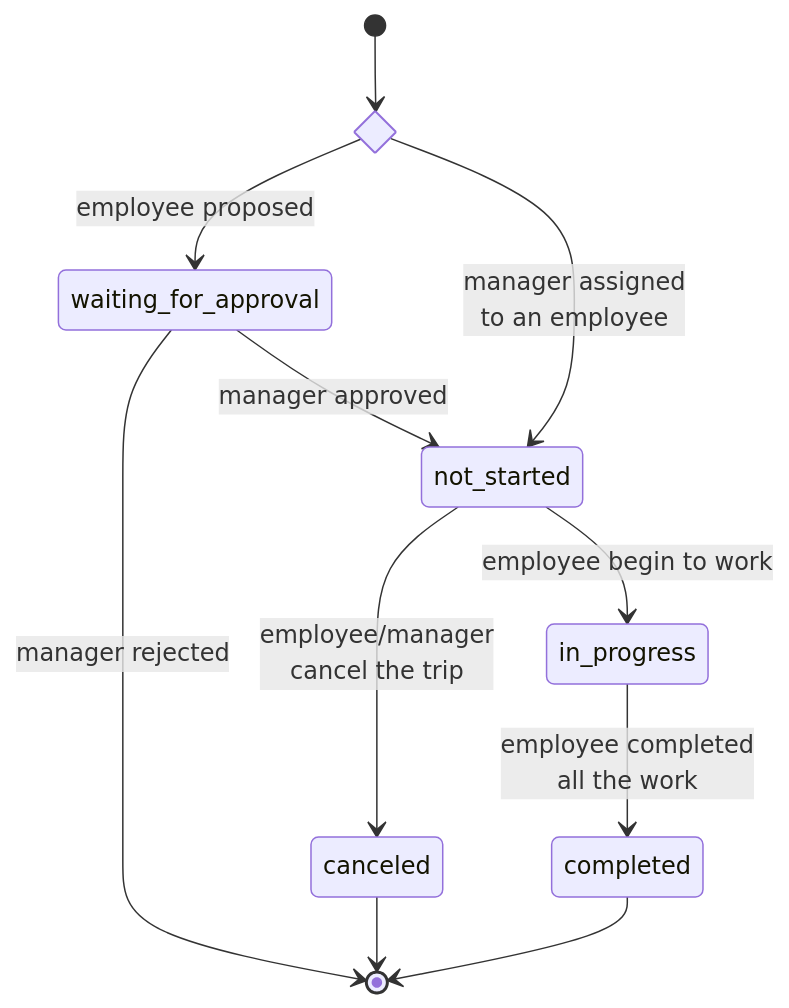
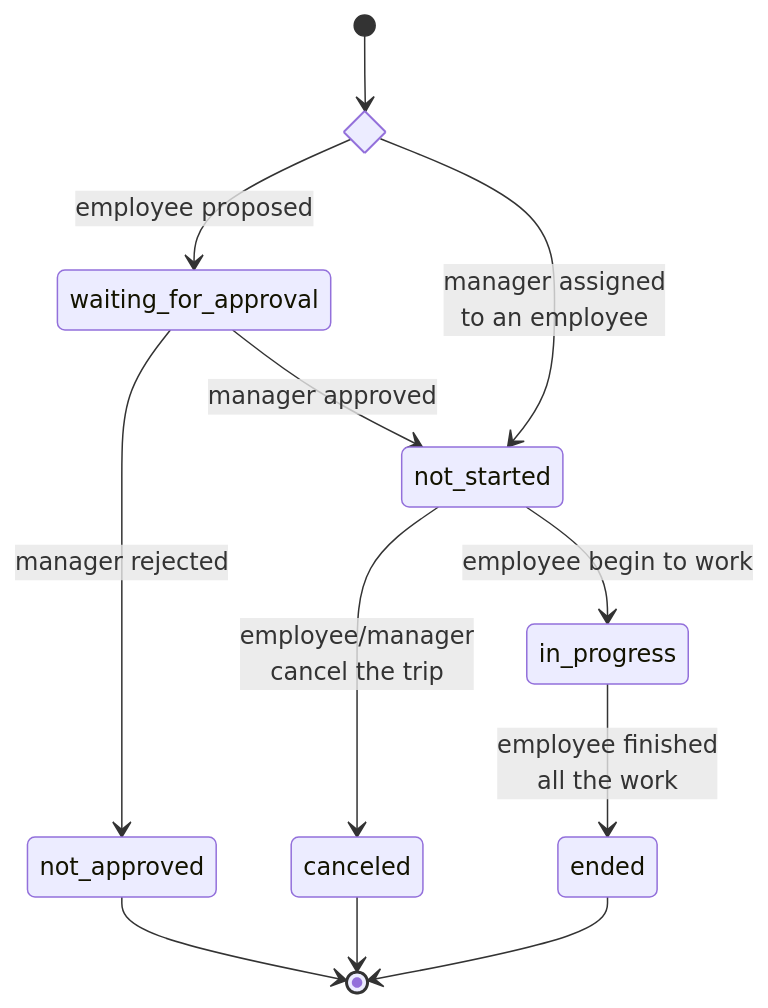
The first of 3 diagrams in docs/state-diagram.md (nnminh-sam/trip-sync-microservices), drawn with Mermaid before and after one commit. The commit also changed other lines of this file and 3 other files, not shown here.

````diff
--- a/docs/state-diagram.md
+++ b/docs/state-diagram.md
@@ -5,14 +5,15 @@
 ```mermaid
 stateDiagram-v2
     state if_state <<choice>>
     [*] --> if_state
     if_state --> waiting_for_approval: employee proposed
     if_state --> not_started: manager assigned<br/>to an employee
-    waiting_for_approval --> [*]: manager rejected
+    waiting_for_approval --> not_approved: manager rejected
     waiting_for_approval --> not_started: manager approved
     not_started --> canceled: employee/manager<br/>cancel the trip
     not_started --> in_progress: employee begin to work
-    in_progress --> completed: employee completed<br/>all the work
+    in_progress --> ended: employee finished<br/>all the work
+    not_approved --> [*]
     canceled --> [*]
-    completed --> [*]
+    ended --> [*]
 ```
````
